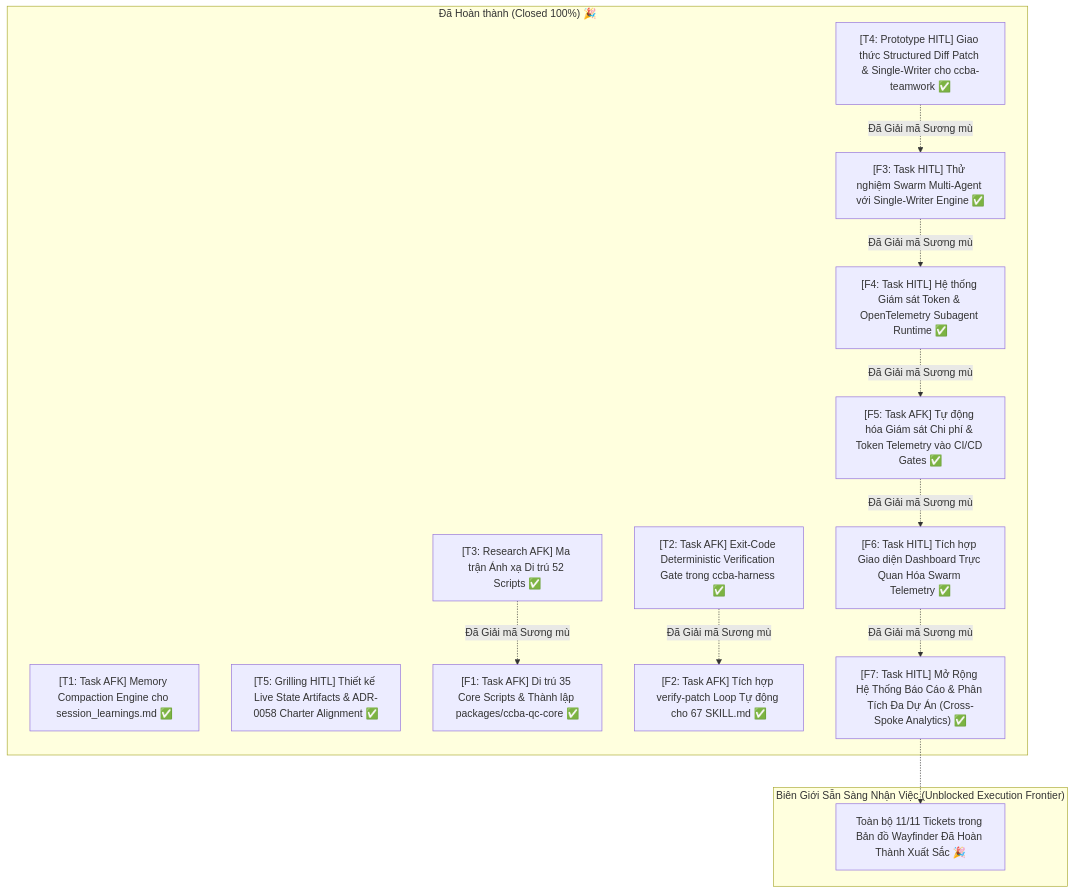
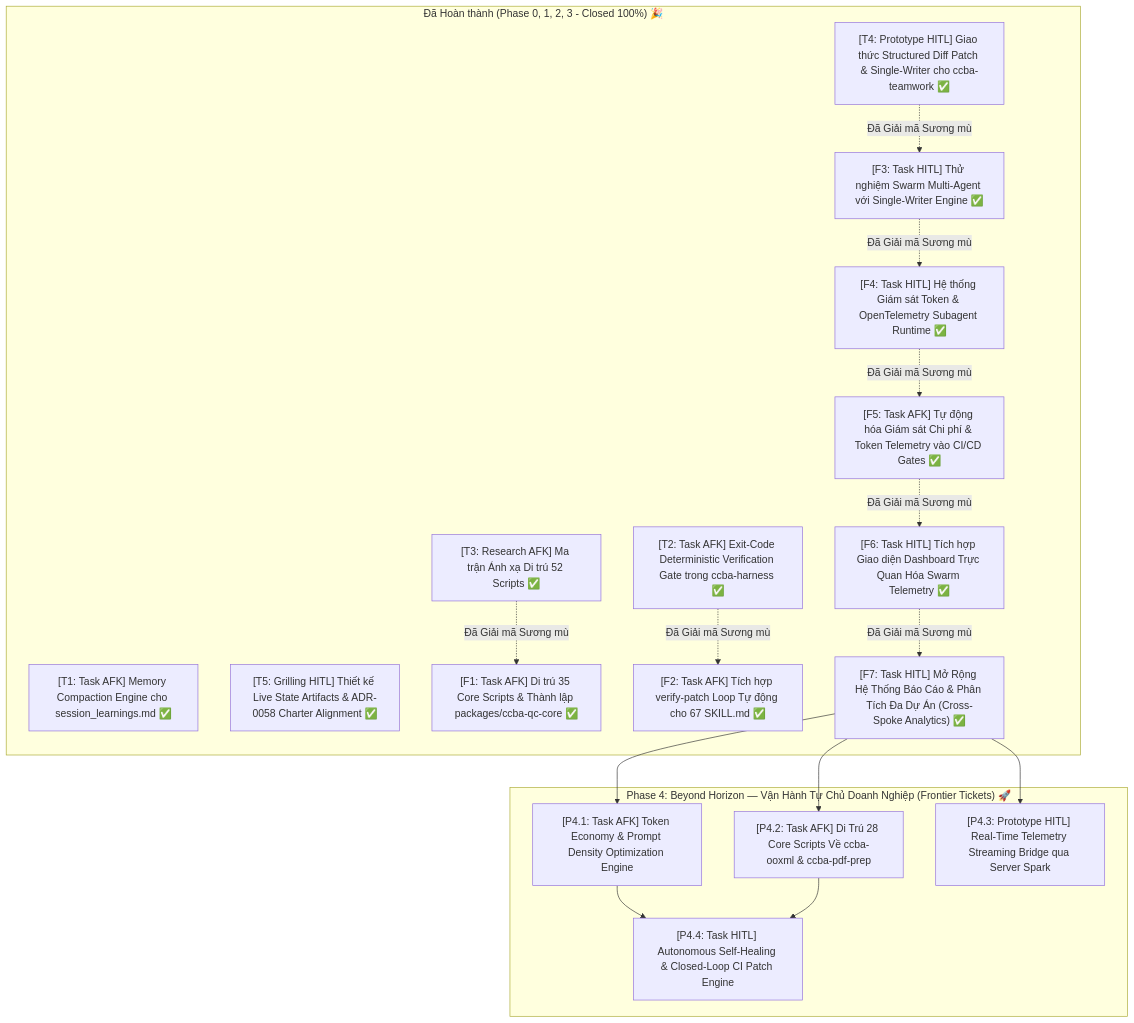
The diagram in .md/wayfinder/ccba-upgrade-roadmap/map.md (vvChu/ccba-agent-platform), drawn with Mermaid before and after one commit. The commit also changed other lines of this file and 1 other file, not shown here.

Commit message:
docs(wayfinder): expand roadmap with Phase 4 Beyond Horizon tickets and sync adr matrix

````diff
--- a/.md/wayfinder/ccba-upgrade-roadmap/map.md
+++ b/.md/wayfinder/ccba-upgrade-roadmap/map.md
@@ -138,30 +141,37 @@
 ```mermaid
 flowchart TD
-    subgraph Done ["Đã Hoàn thành (Closed 100%) 🎉"]
+    subgraph Done ["Đã Hoàn thành (Phase 0, 1, 2, 3 - Closed 100%) 🎉"]
         T1["[T1: Task AFK] Memory Compaction Engine cho session_learnings.md ✅"]
         T2["[T2: Task AFK] Exit-Code Deterministic Verification Gate trong ccba-harness ✅"]
         T3["[T3: Research AFK] Ma trận Ánh xạ Di trú 52 Scripts ✅"]
         T4["[T4: Prototype HITL] Giao thức Structured Diff Patch & Single-Writer cho ccba-teamwork ✅"]
         T5["[T5: Grilling HITL] Thiết kế Live State Artifacts & ADR-0058 Charter Alignment ✅"]
         F1["[F1: Task AFK] Di trú 35 Core Scripts & Thành lập packages/ccba-qc-core ✅"]
         F2["[F2: Task AFK] Tích hợp verify-patch Loop Tự động cho 67 SKILL.md ✅"]
         F3["[F3: Task HITL] Thử nghiệm Swarm Multi-Agent với Single-Writer Engine ✅"]
         F4["[F4: Task HITL] Hệ thống Giám sát Token & OpenTelemetry Subagent Runtime ✅"]
         F5["[F5: Task AFK] Tự động hóa Giám sát Chi phí & Token Telemetry vào CI/CD Gates ✅"]
         F6["[F6: Task HITL] Tích hợp Giao diện Dashboard Trực Quan Hóa Swarm Telemetry ✅"]
         F7["[F7: Task HITL] Mở Rộng Hệ Thống Báo Cáo & Phân Tích Đa Dự Án (Cross-Spoke Analytics) ✅"]
     end
 
-    subgraph Frontier ["Biên Giới Sẵn Sàng Nhận Việc (Unblocked Execution Frontier)"]
-        DoneAll["Toàn bộ 11/11 Tickets trong Bản đồ Wayfinder Đã Hoàn Thành Xuất Sắc 🎉"]
+    subgraph Phase4Frontier ["Phase 4: Beyond Horizon — Vận Hành Tự Chủ Doanh Nghiệp (Frontier Tickets) 🚀"]
+        P4_1["[P4.1: Task AFK] Token Economy & Prompt Density Optimization Engine"]
+        P4_2["[P4.2: Task AFK] Di Trú 28 Core Scripts Về ccba-ooxml & ccba-pdf-prep"]
+        P4_3["[P4.3: Prototype HITL] Real-Time Telemetry Streaming Bridge qua Server Spark"]
+        P4_4["[P4.4: Task HITL] Autonomous Self-Healing & Closed-Loop CI Patch Engine"]
     end
 
     T3 -.->|Đã Giải mã Sương mù| F1
     T2 -.->|Đã Giải mã Sương mù| F2
     T4 -.->|Đã Giải mã Sương mù| F3
     F3 -.->|Đã Giải mã Sương mù| F4
     F4 -.->|Đã Giải mã Sương mù| F5
     F5 -.->|Đã Giải mã Sương mù| F6
     F6 -.->|Đã Giải mã Sương mù| F7
-    F7 -.-> DoneAll
+    F7 --> P4_1
+    F7 --> P4_2
+    F7 --> P4_3
+    P4_1 --> P4_4
+    P4_2 --> P4_4
 ```
````
